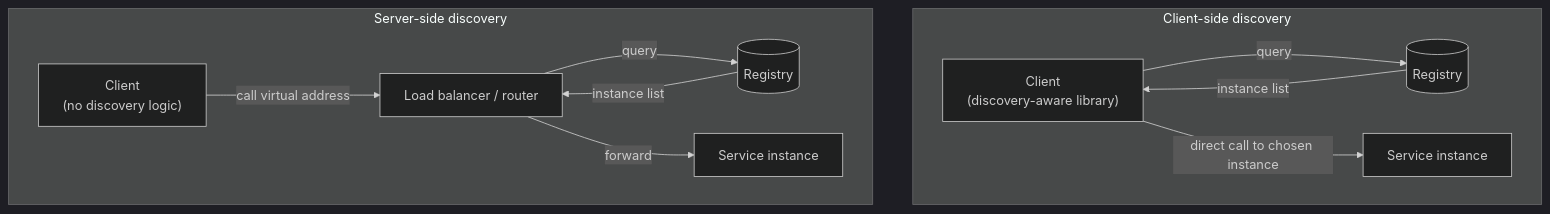
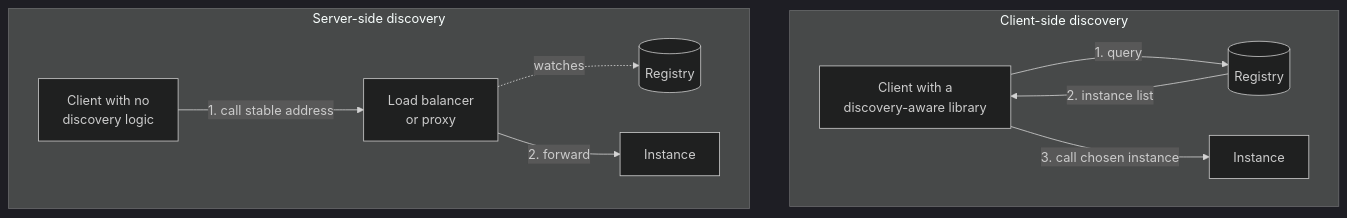
The second of 7 diagrams in github-pages/docs/distributed-systems/service-discovery.md (AndrewAltimit/Documentation), drawn with Mermaid (dark theme) before and after one commit. The commit also changed other lines of this file and 240 other files, not shown here.

````diff
--- a/github-pages/docs/distributed-systems/service-discovery.md
+++ b/github-pages/docs/distributed-systems/service-discovery.md
@@ -43,14 +40,13 @@
 ```mermaid
 flowchart TD
-    subgraph "Client-side discovery"
-        C1["Client<br/>(discovery-aware library)"] -->|query| R1[("Registry")]
-        R1 -->|instance list| C1
-        C1 -->|direct call to chosen instance| S1["Service instance"]
+    subgraph CS["Client-side discovery"]
+        C1["Client with a<br/>discovery-aware library"] -->|1. query| R1[("Registry")]
+        R1 -->|2. instance list| C1
+        C1 -->|3. call chosen instance| S1["Instance"]
     end
-    subgraph "Server-side discovery"
-        C2["Client<br/>(no discovery logic)"] -->|call virtual address| LB2["Load balancer / router"]
-        LB2 -->|query| R2[("Registry")]
-        R2 -->|instance list| LB2
-        LB2 -->|forward| S2["Service instance"]
+    subgraph SS["Server-side discovery"]
+        C2["Client with no<br/>discovery logic"] -->|1. call stable address| LB2["Load balancer<br/>or proxy"]
+        LB2 -.->|watches| R2[("Registry")]
+        LB2 -->|2. forward| S2["Instance"]
     end
 ```
````
